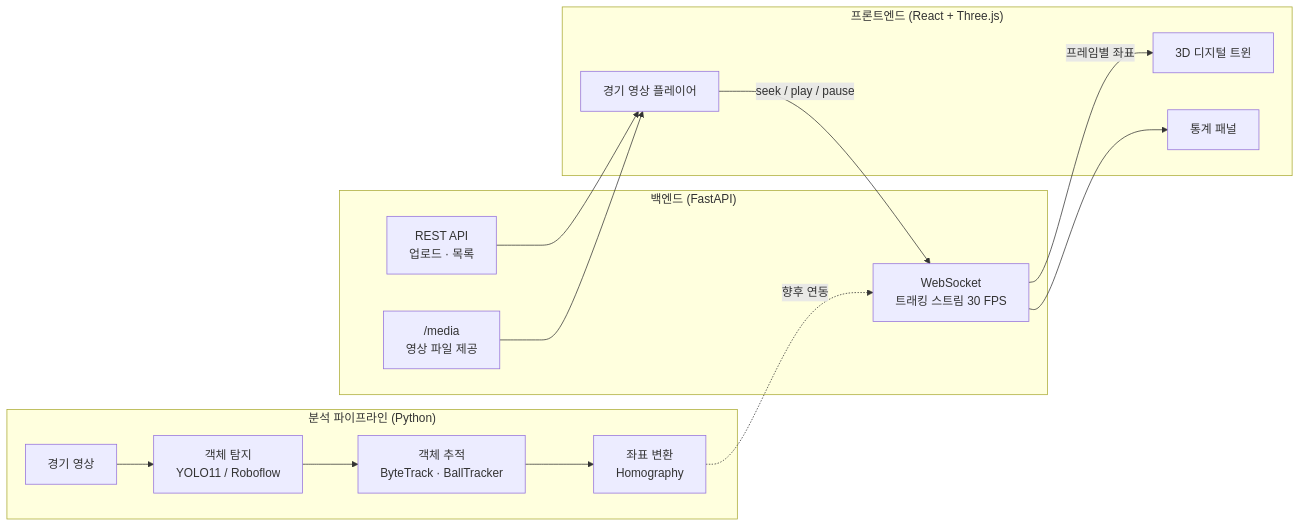
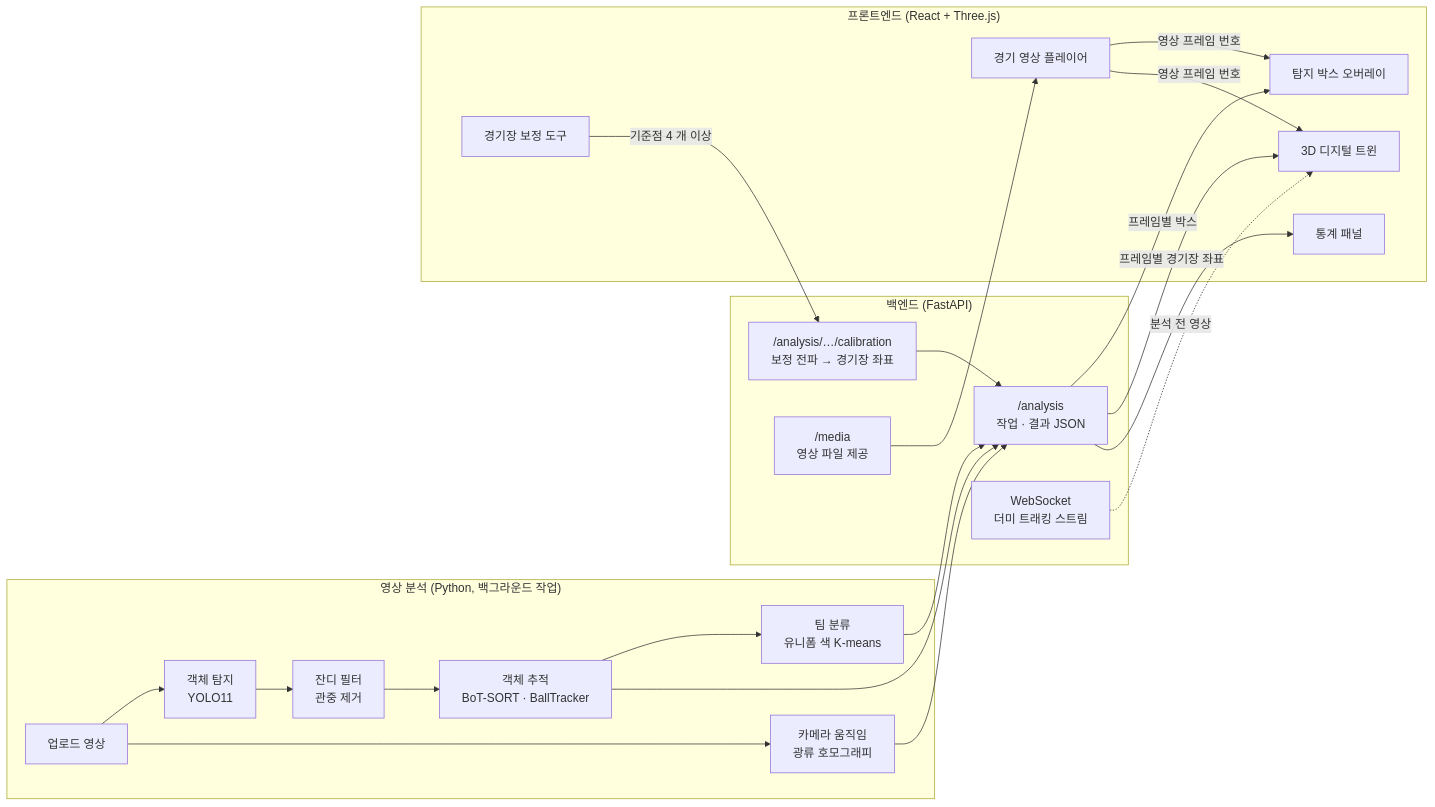
Before and after one commit to honggihyuk/InhaSportsTracking: the diagram in docs/PROJECT_OVERVIEW.md, drawn with Mermaid. The commit also changed other lines of this file and 1 other file, not shown here.

First line of the commit message:
Document video analysis, calibration and updated roadmap

````diff
--- a/docs/PROJECT_OVERVIEW.md
+++ b/docs/PROJECT_OVERVIEW.md
@@ -22,27 +22,38 @@
 ```mermaid
 flowchart LR
-    subgraph Vision["분석 파이프라인 (Python)"]
-        V[경기 영상] --> D[객체 탐지<br/>YOLO11 / Roboflow]
-        D --> T[객체 추적<br/>ByteTrack · BallTracker]
-        T --> H[좌표 변환<br/>Homography]
+    subgraph Vision["영상 분석 (Python, 백그라운드 작업)"]
+        V[업로드 영상] --> D[객체 탐지<br/>YOLO11]
+        D --> G[잔디 필터<br/>관중 제거]
+        G --> T[객체 추적<br/>BoT-SORT · BallTracker]
+        V --> CM[카메라 움직임<br/>광류 호모그래피]
+        T --> TC[팀 분류<br/>유니폼 색 K-means]
     end
 
     subgraph Backend["백엔드 (FastAPI)"]
-        API["REST API<br/>업로드 · 목록"]
+        AN["/analysis<br/>작업 · 결과 JSON"]
+        CAL["/analysis/…/calibration<br/>보정 전파 → 경기장 좌표"]
         MEDIA["/media<br/>영상 파일 제공"]
-        WS["WebSocket<br/>트래킹 스트림 30 FPS"]
+        WS["WebSocket<br/>더미 트래킹 스트림"]
     end
 
     subgraph Frontend["프론트엔드 (React + Three.js)"]
         VP[경기 영상 플레이어]
+        OV[탐지 박스 오버레이]
+        CP[경기장 보정 도구]
         TW[3D 디지털 트윈]
         ST[통계 패널]
     end
 
-    H -. 향후 연동 .-> WS
-    VP -- seek / play / pause --> WS
-    WS -- 프레임별 좌표 --> TW
-    WS --> ST
-    API --> VP
+    T --> AN
+    CM --> AN
+    TC --> AN
+    CP -- 기준점 4 개 이상 --> CAL
+    CAL --> AN
+    AN -- 프레임별 박스 --> OV
+    AN -- 프레임별 경기장 좌표 --> TW
+    AN --> ST
     MEDIA --> VP
+    VP -- 영상 프레임 번호 --> OV
+    VP -- 영상 프레임 번호 --> TW
+    WS -. 분석 전 영상 .-> TW
 ```
````
